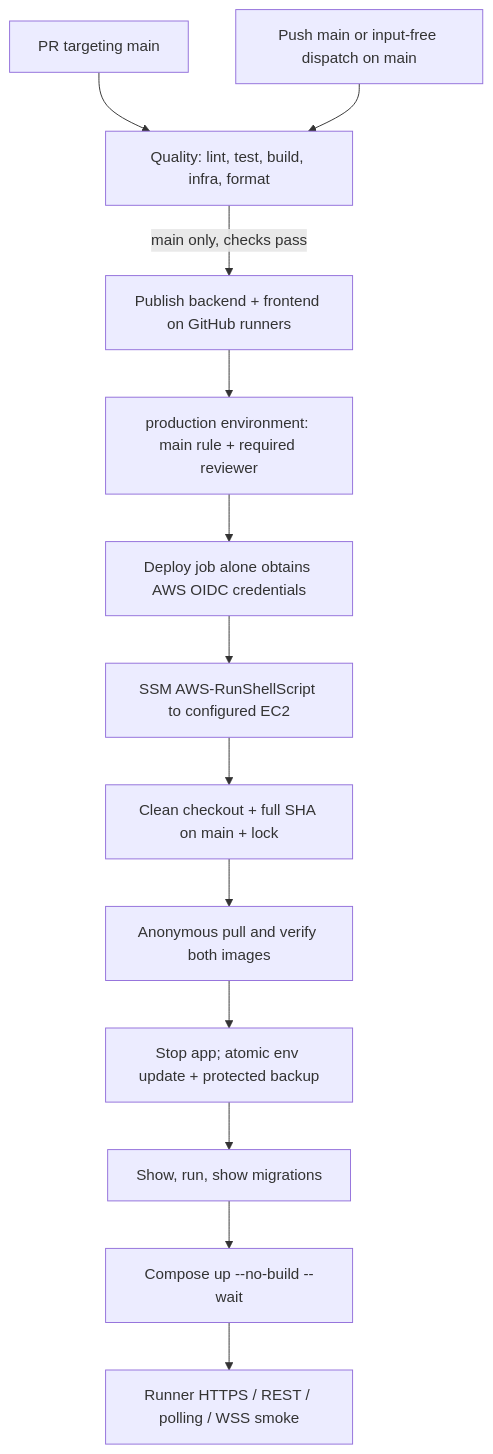
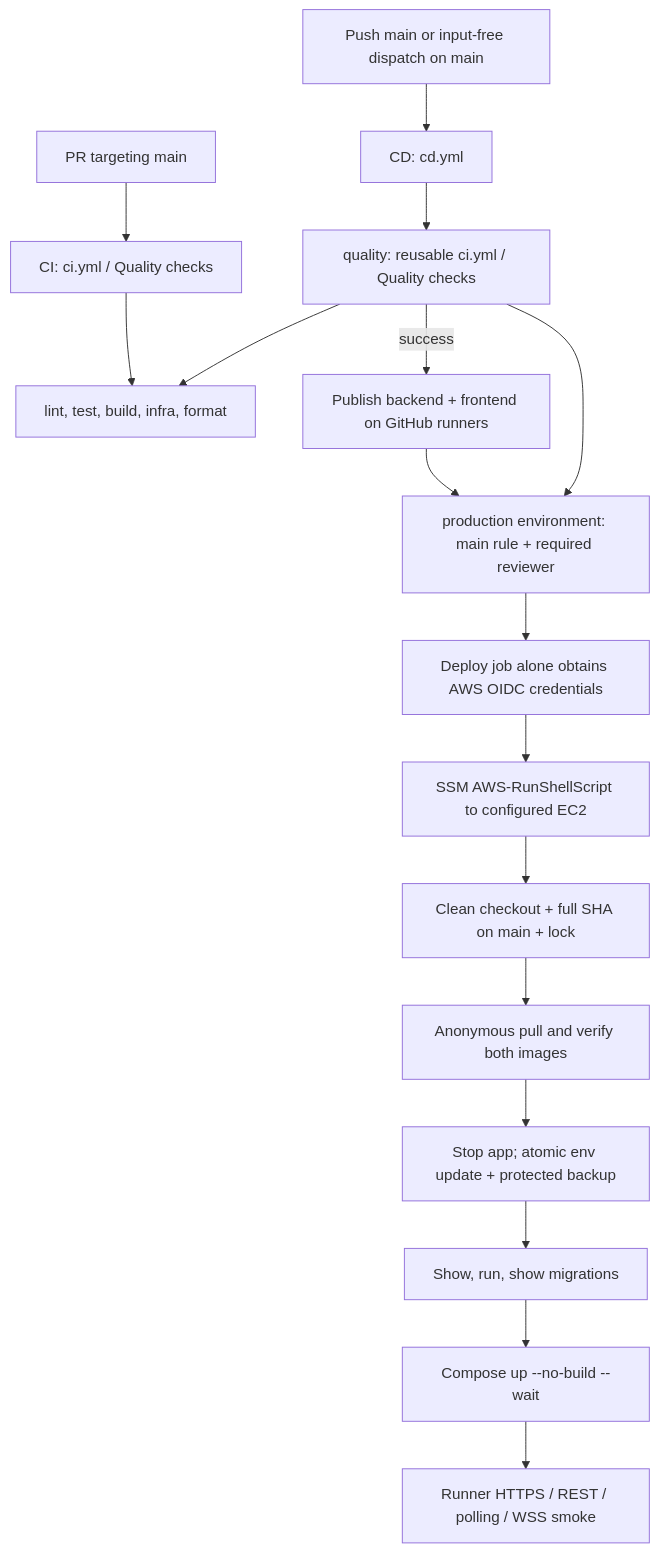
One commit to duongkienvn/SE2026-T13 changed the diagram in docs/deployment/cicd.md. Above: the diagram before and after it, drawn with Mermaid. The commit also changed other lines of this file and 1 other file, not shown here.

````diff
--- a/docs/deployment/cicd.md
+++ b/docs/deployment/cicd.md
@@ -11,15 +12,19 @@
 ```mermaid
 flowchart TD
-  PR[PR targeting main] --> Q[Quality: lint, test, build, infra, format]
-  MAIN[Push main or input-free dispatch on main] --> Q
-  Q -->|main only, checks pass| P[Publish backend + frontend on GitHub runners]
+  PR[PR targeting main] --> CI[CI: ci.yml / Quality checks]
+  MAIN[Push main or input-free dispatch on main] --> CD[CD: cd.yml]
+  CD --> Q[quality: reusable ci.yml / Quality checks]
+  CI --> CHECKS[lint, test, build, infra, format]
+  Q --> CHECKS
+  Q -->|success| P[Publish backend + frontend on GitHub runners]
   P --> A[production environment: main rule + required reviewer]
+  Q --> A
   A --> O[Deploy job alone obtains AWS OIDC credentials]
   O --> S[SSM AWS-RunShellScript to configured EC2]
   S --> V[Clean checkout + full SHA on main + lock]
   V --> I[Anonymous pull and verify both images]
   I --> D[Stop app; atomic env update + protected backup]
   D --> M[Show, run, show migrations]
   M --> H[Compose up --no-build --wait]
   H --> W[Runner HTTPS / REST / polling / WSS smoke]
 ```
````
